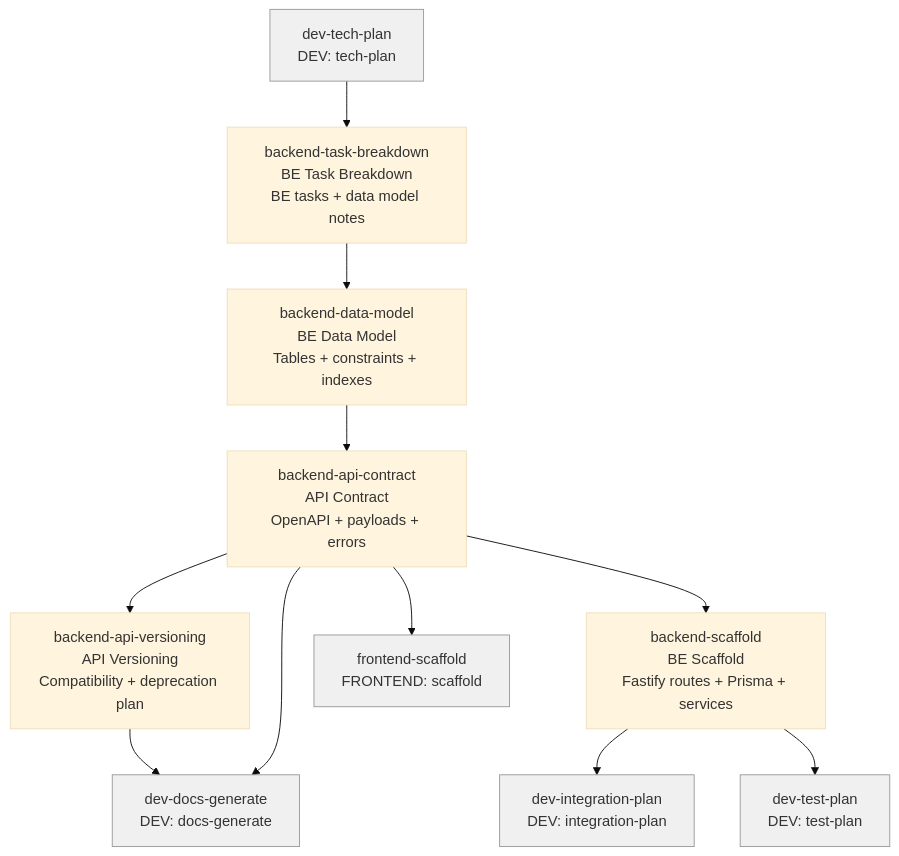
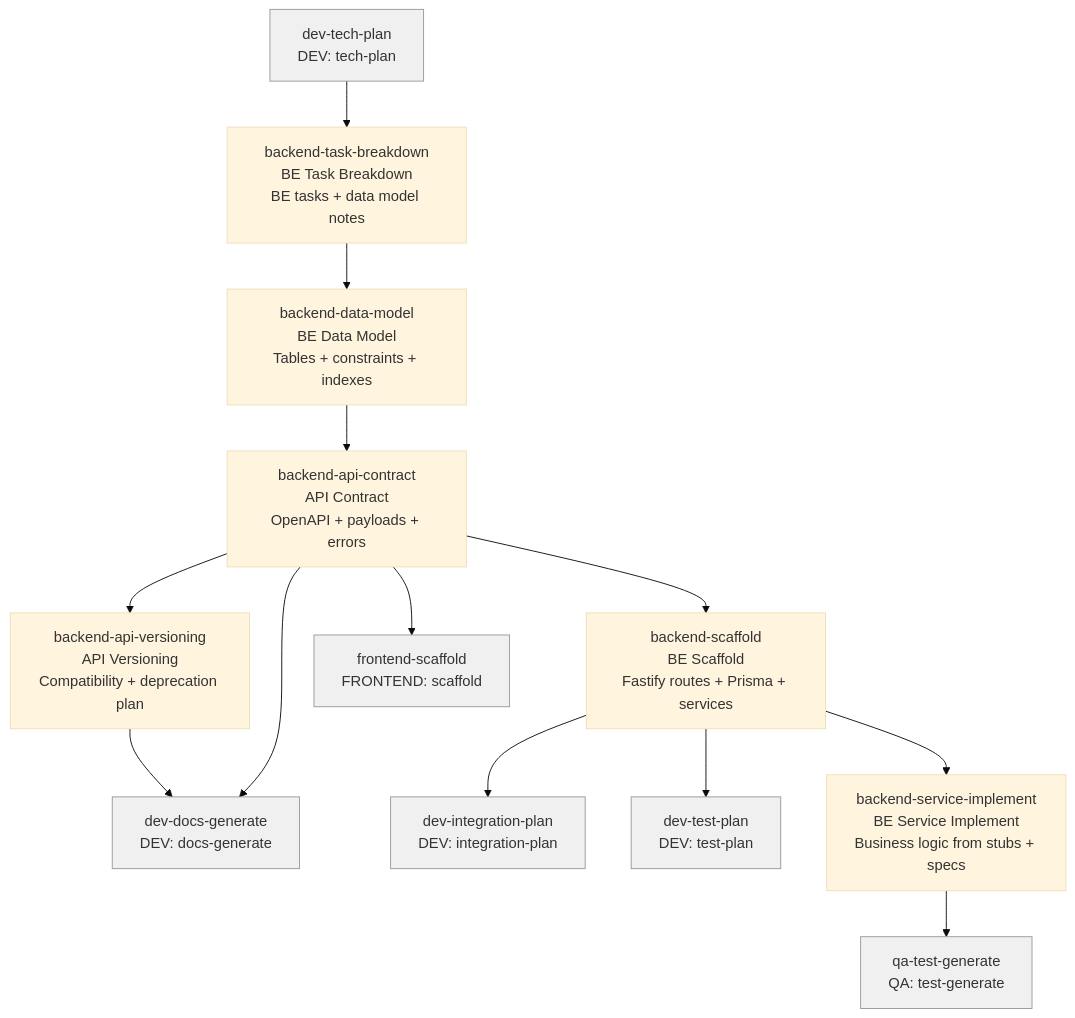
Before and after one commit to parhumm/jaan-to: the diagram in docs/roadmap/tasks/role-skills/backend.md, drawn with Mermaid (base theme). The commit also changed 17 other files, not shown here.

First line of the commit message:
docs: add skill docs, roadmap entries, and changelog for 5 spec-to-ship skills

````diff
--- a/docs/roadmap/tasks/role-skills/backend.md
+++ b/docs/roadmap/tasks/role-skills/backend.md
@@ -14,19 +14,23 @@
 ```mermaid
 flowchart TD
     jaan-to-dev-tech-plan["dev-tech-plan<br>DEV: tech-plan"] --> backend-task-breakdown["backend-task-breakdown<br>BE Task Breakdown<br>BE tasks + data model notes"]
     backend-task-breakdown["backend-task-breakdown<br>BE Task Breakdown<br>BE tasks + data model notes"] --> jaan-to-backend-data-model["backend-data-model<br>BE Data Model<br>Tables + constraints + indexes"]
     jaan-to-backend-data-model["backend-data-model<br>BE Data Model<br>Tables + constraints + indexes"] --> jaan-to-backend-api-contract["backend-api-contract<br>API Contract<br>OpenAPI + payloads + errors"]
     jaan-to-backend-api-contract["backend-api-contract<br>API Contract<br>OpenAPI + payloads + errors"] --> jaan-to-backend-api-versioning["backend-api-versioning<br>API Versioning<br>Compatibility + deprecation plan"]
     jaan-to-backend-api-versioning["backend-api-versioning<br>API Versioning<br>Compatibility + deprecation plan"] --> jaan-to-dev-docs-generate["dev-docs-generate<br>DEV: docs-generate"]
     jaan-to-backend-api-contract["backend-api-contract<br>API Contract<br>OpenAPI + payloads + errors"] --> jaan-to-dev-docs-generate["dev-docs-generate<br>DEV: docs-generate"]
     jaan-to-backend-api-contract["backend-api-contract<br>API Contract<br>OpenAPI + payloads + errors"] --> jaan-to-backend-scaffold["backend-scaffold<br>BE Scaffold<br>Fastify routes + Prisma + services"]
     jaan-to-backend-api-contract["backend-api-contract<br>API Contract<br>OpenAPI + payloads + errors"] --> jaan-to-frontend-scaffold["frontend-scaffold<br>FRONTEND: scaffold"]
     jaan-to-backend-scaffold["backend-scaffold<br>BE Scaffold<br>Fastify routes + Prisma + services"] --> jaan-to-dev-integration-plan["dev-integration-plan<br>DEV: integration-plan"]
     jaan-to-backend-scaffold["backend-scaffold<br>BE Scaffold<br>Fastify routes + Prisma + services"] --> jaan-to-dev-test-plan["dev-test-plan<br>DEV: test-plan"]
 
     style jaan-to-dev-tech-plan fill:#f0f0f0,stroke:#999
     style jaan-to-frontend-scaffold fill:#f0f0f0,stroke:#999
+    jaan-to-backend-scaffold["backend-scaffold<br>BE Scaffold<br>Fastify routes + Prisma + services"] --> jaan-to-backend-service-implement["backend-service-implement<br>BE Service Implement<br>Business logic from stubs + specs"]
+    jaan-to-backend-service-implement["backend-service-implement<br>BE Service Implement<br>Business logic from stubs + specs"] --> jaan-to-qa-test-generate["qa-test-generate<br>QA: test-generate"]
+
     style jaan-to-dev-docs-generate fill:#f0f0f0,stroke:#999
     style jaan-to-dev-integration-plan fill:#f0f0f0,stroke:#999
     style jaan-to-dev-test-plan fill:#f0f0f0,stroke:#999
+    style jaan-to-qa-test-generate fill:#f0f0f0,stroke:#999
 ```
````
